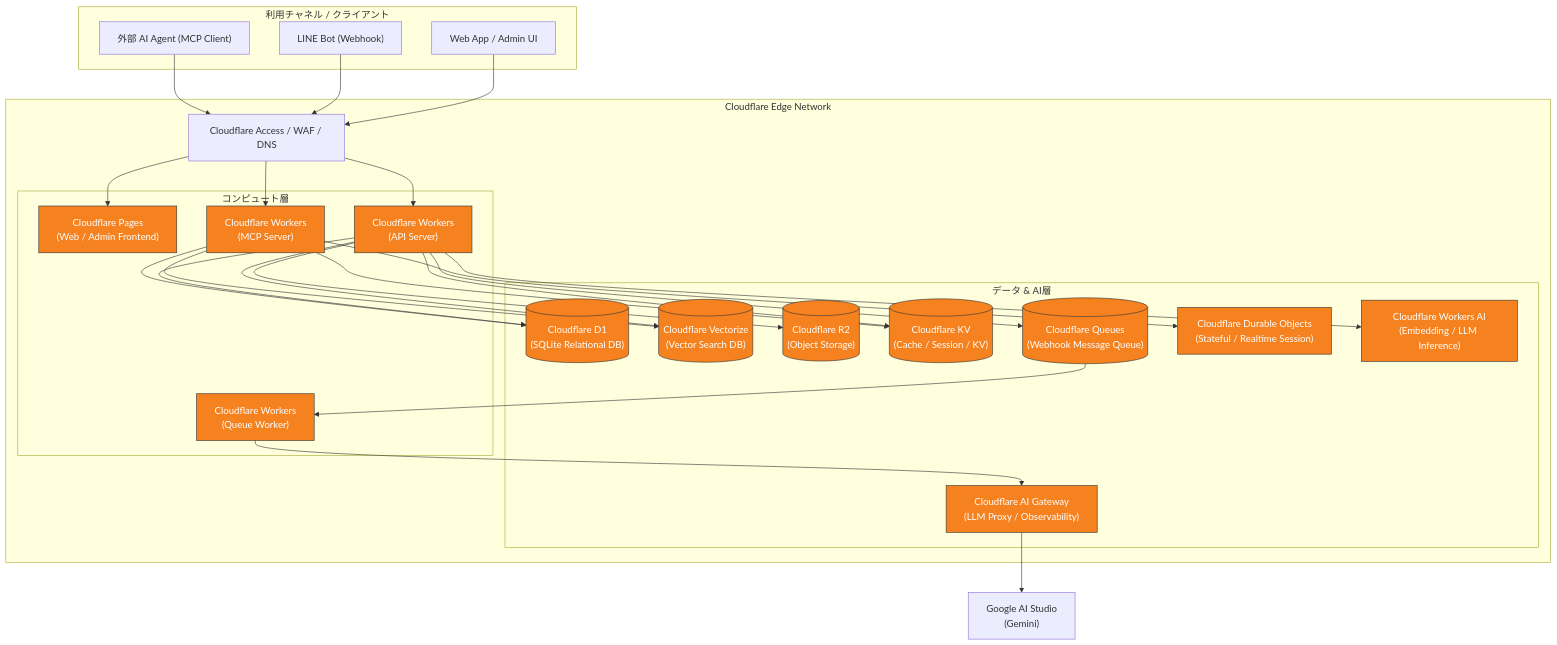
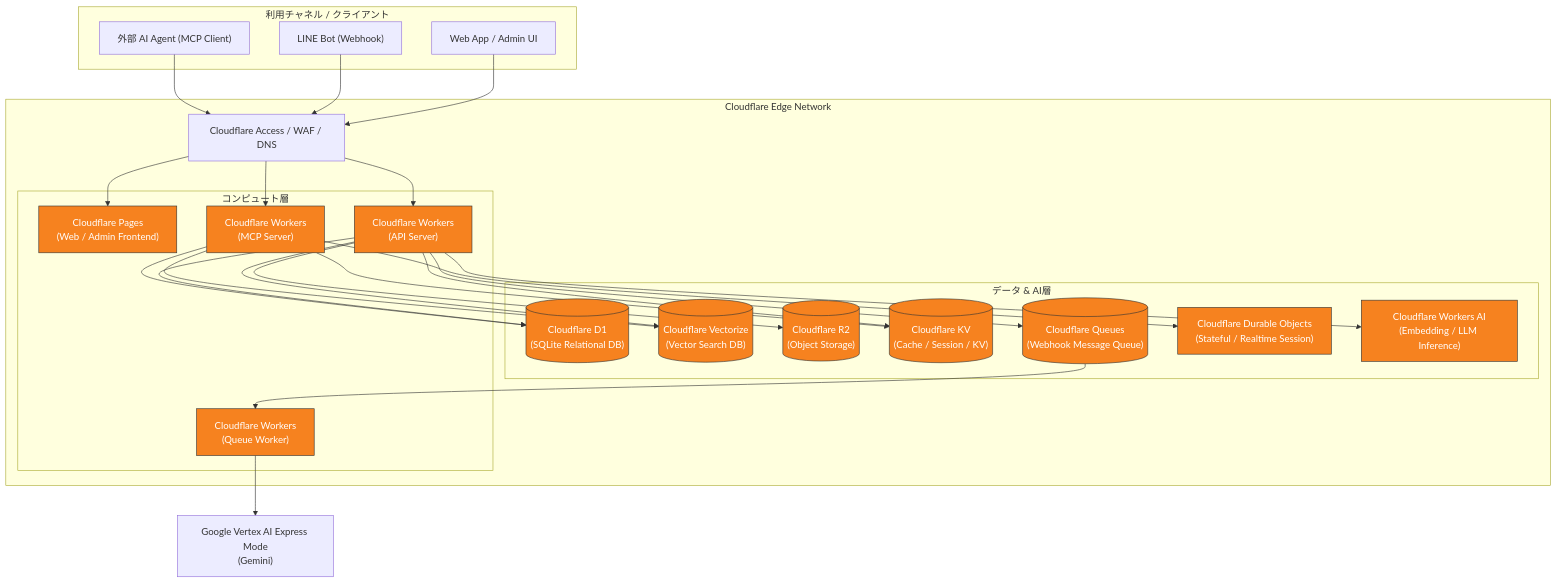
The first of 2 diagrams in docs/architecture/infrastructure-architecture.md (kkyosuke/me-builder), drawn with Mermaid before and after one commit. The commit also changed other lines of this file and 31 other files, not shown here.

First line of the commit message:
feat(worker): vertex AI APIキー認証へ切り替える (#111)

````diff
--- a/docs/architecture/infrastructure-architecture.md
+++ b/docs/architecture/infrastructure-architecture.md
@@ -33,59 +33,57 @@
 ```mermaid
 flowchart TD
     subgraph Clients["利用チャネル / クライアント"]
         Web["Web App / Admin UI"]
         LINE["LINE Bot (Webhook)"]
         Agent["外部 AI Agent (MCP Client)"]
     end
 
     subgraph Edge["Cloudflare Edge Network"]
         CF_Sec["Cloudflare Access / WAF / DNS"]
         
         subgraph Compute["コンピュート層"]
             Pages["Cloudflare Pages<br/>(Web / Admin Frontend)"]
             WorkersAPI["Cloudflare Workers<br/>(API Server)"]
             WorkersMCP["Cloudflare Workers<br/>(MCP Server)"]
             WorkersWorker["Cloudflare Workers<br/>(Queue Worker)"]
         end
 
         subgraph Storage["データ & AI層"]
             D1[("Cloudflare D1<br/>(SQLite Relational DB)")]
             Vectorize[("Cloudflare Vectorize<br/>(Vector Search DB)")]
             R2[("Cloudflare R2<br/>(Object Storage)")]
             KV[("Cloudflare KV<br/>(Cache / Session / KV)")]
             Queues[("Cloudflare Queues<br/>(Webhook Message Queue)")]
             DO["Cloudflare Durable Objects<br/>(Stateful / Realtime Session)"]
             WorkersAI["Cloudflare Workers AI<br/>(Embedding / LLM Inference)"]
-            AIGateway["Cloudflare AI Gateway<br/>(LLM Proxy / Observability)"]
         end
     end
 
-    Gemini["Google AI Studio<br/>(Gemini)"]
+    Gemini["Google Vertex AI Express Mode<br/>(Gemini)"]
 
     Web --> CF_Sec
     LINE --> CF_Sec
     Agent --> CF_Sec
 
     CF_Sec --> Pages
     CF_Sec --> WorkersAPI
     CF_Sec --> WorkersMCP
 
     WorkersAPI --> Queues
     Queues --> WorkersWorker
-    WorkersWorker --> AIGateway
-    AIGateway --> Gemini
+    WorkersWorker --> Gemini
 
     WorkersAPI --> D1
     WorkersAPI --> R2
     WorkersAPI --> KV
     WorkersAPI --> Vectorize
     WorkersAPI --> WorkersAI
 
     WorkersMCP --> DO
     WorkersMCP --> D1
     WorkersMCP --> Vectorize
     WorkersMCP --> KV
 
     classDef cfFill fill:#f6821f,stroke:#333,stroke-width:1px,color:#fff;
-    class Pages,WorkersAPI,WorkersMCP,WorkersWorker,D1,Vectorize,R2,KV,Queues,DO,WorkersAI,AIGateway cfFill;
+    class Pages,WorkersAPI,WorkersMCP,WorkersWorker,D1,Vectorize,R2,KV,Queues,DO,WorkersAI cfFill;
 ```
````
